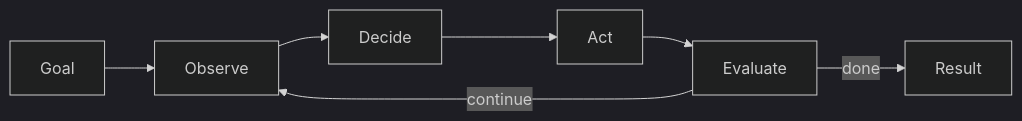
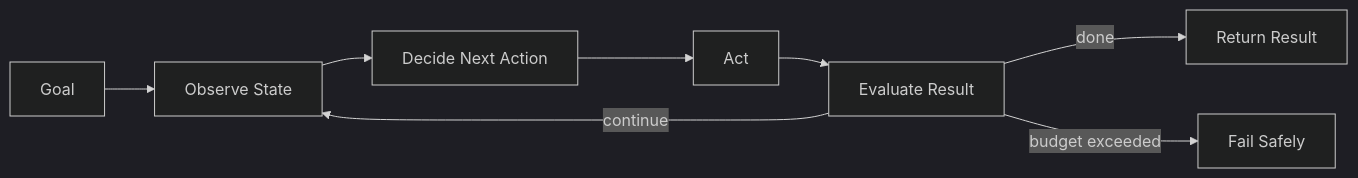
The diagram in book/docs/foundations/agent-loop.md (GTuritto/Agentic-Systems-Patterns), drawn with Mermaid (dark theme) before and after one commit. The commit also changed other lines of this file and 40 other files, not shown here.

````diff
--- a/book/docs/foundations/agent-loop.md
+++ b/book/docs/foundations/agent-loop.md
@@ -9,9 +32,10 @@
 ```mermaid
 flowchart LR
-  G[Goal] --> O[Observe]
-  O --> D[Decide]
+  G[Goal] --> O[Observe State]
+  O --> D[Decide Next Action]
   D --> A[Act]
-  A --> E[Evaluate]
+  A --> E[Evaluate Result]
   E -->|continue| O
-  E -->|done| R[Result]
+  E -->|done| R[Return Result]
+  E -->|budget exceeded| F[Fail Safely]
 ```
````
